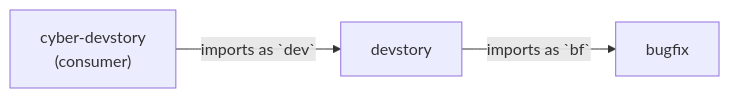
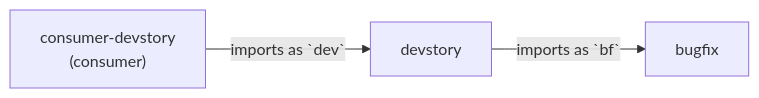
The third of 3 diagrams in docs/proposals/story-imports-proposal.md (bsacrobatix/Kitsoki), drawn with Mermaid before and after one commit. The commit also changed other lines of this file and 83 other files, not shown here.

````diff
--- a/docs/proposals/story-imports-proposal.md
+++ b/docs/proposals/story-imports-proposal.md
@@ -417,8 +417,8 @@
 ```mermaid
 flowchart LR
-    cd["cyber-devstory<br/>(consumer)"]
+    cd["consumer-devstory<br/>(consumer)"]
     ds["devstory"]
     bf["bugfix"]
     cd -->|imports as `dev`| ds
     ds -->|imports as `bf`| bf
 ```
````
